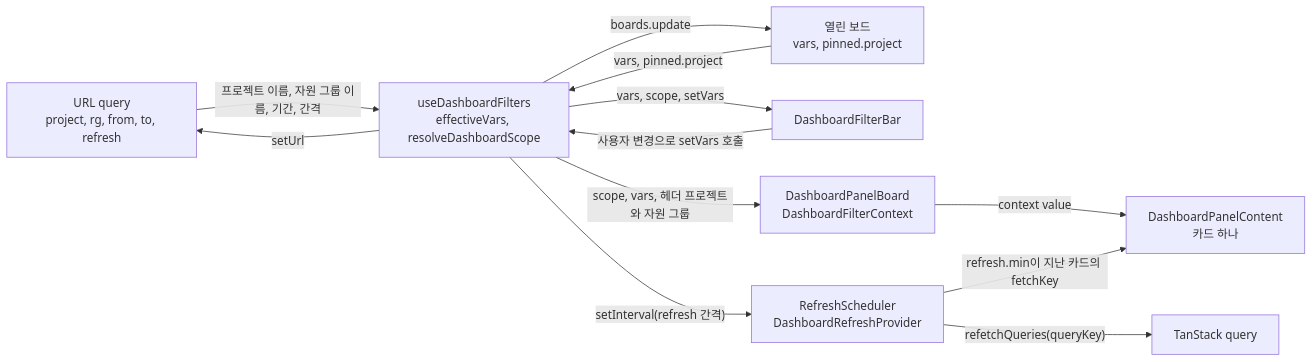
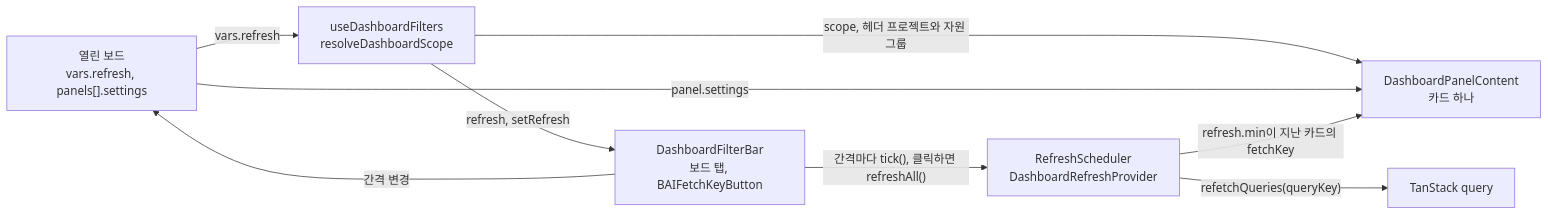
Before and after one commit to lablup/backend.ai-webui: the first of 2 diagrams in docs/adr/0015-dashboard-filter-bar.md, drawn with Mermaid. The commit also changed other lines of this file and 48 other files, not shown here.

````diff
--- a/docs/adr/0015-dashboard-filter-bar.md
+++ b/docs/adr/0015-dashboard-filter-bar.md
@@ -23,22 +24,17 @@
 ```mermaid
 flowchart LR
-  url["URL query<br/>project, rg, from, to, refresh"]
-  board["열린 보드<br/>vars, pinned.project"]
-  hook["useDashboardFilters<br/>effectiveVars, resolveDashboardScope"]
-  bar["DashboardFilterBar"]
-  host["DashboardPanelBoard<br/>DashboardFilterContext"]
-  card["DashboardPanelContent<br/>카드 하나"]
+  board["열린 보드<br/>vars.refresh, panels[].settings"]
+  hook["useDashboardFilters<br/>resolveDashboardScope"]
+  bar["DashboardFilterBar<br/>보드 탭, BAIFetchKeyButton"]
   sched["RefreshScheduler<br/>DashboardRefreshProvider"]
+  content["DashboardPanelContent<br/>카드 하나"]
   tan["TanStack query"]
-  url -- "프로젝트 이름, 자원 그룹 이름, 기간, 간격" --> hook
-  board -- "vars, pinned.project" --> hook
-  hook -- "vars, scope, setVars" --> bar
-  bar -- "사용자 변경으로 setVars 호출" --> hook
-  hook -- "setUrl" --> url
-  hook -- "boards.update" --> board
-  hook -- "setInterval(refresh 간격)" --> sched
-  hook -- "scope, vars, 헤더 프로젝트와 자원 그룹" --> host
-  host -- "context value" --> card
-  sched -- "refresh.min이 지난 카드의 fetchKey" --> card
+  board -- "vars.refresh" --> hook
+  hook -- "refresh, setRefresh" --> bar
+  bar -- "간격 변경" --> board
+  bar -- "간격마다 tick(), 클릭하면 refreshAll()" --> sched
+  hook -- "scope, 헤더 프로젝트와 자원 그룹" --> content
+  board -- "panel.settings" --> content
+  sched -- "refresh.min이 지난 카드의 fetchKey" --> content
   sched -- "refetchQueries(queryKey)" --> tan
 ```
````
